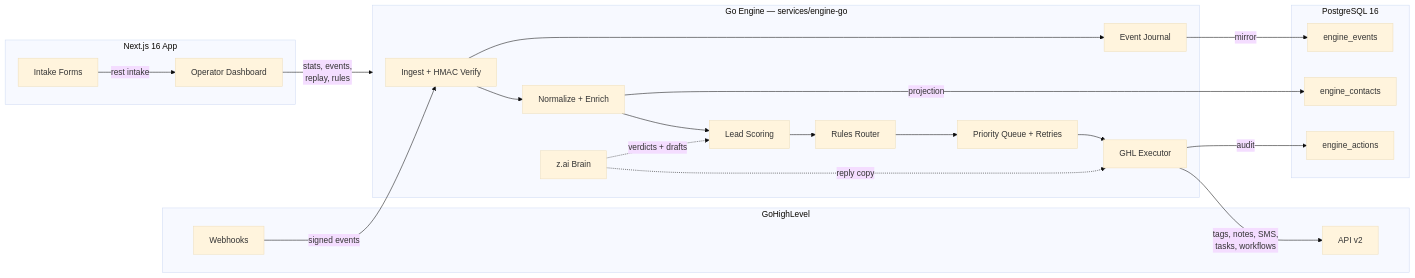
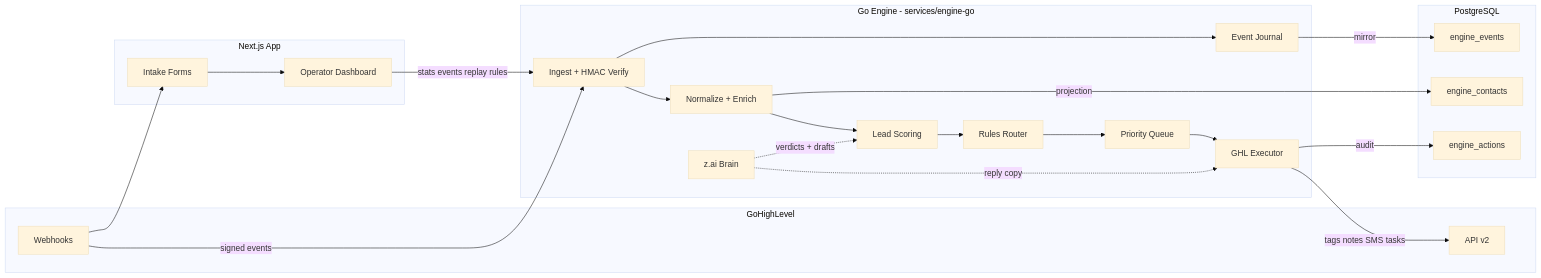
Before and after one commit to faisukhan01/convert: the diagram in README.md, drawn with Mermaid (base theme).

Commit message:
docs(readme): GitHub-safe mermaid syntax (no HTML labels, plain subgraph titles)

````diff
--- a/README.md
+++ b/README.md
@@ -83,41 +83,46 @@
 ```mermaid
 flowchart LR
     subgraph GHL["GoHighLevel"]
         WH["Webhooks"]
         API["API v2"]
     end
 
-    subgraph Engine["Go Engine — services/engine-go"]
+    subgraph Engine["Go Engine - services/engine-go"]
         ING["Ingest + HMAC Verify"]
         NRM["Normalize + Enrich"]
         SCR["Lead Scoring"]
         RUL["Rules Router"]
-        QUE["Priority Queue + Retries"]
+        QUE["Priority Queue"]
         EXE["GHL Executor"]
         AI["z.ai Brain"]
         JRN["Event Journal"]
     end
 
-    subgraph Store["PostgreSQL 16"]
+    subgraph Store["PostgreSQL"]
         EVT["engine_events"]
         CON["engine_contacts"]
         ACT["engine_actions"]
     end
 
-    subgraph App["Next.js 16 App"]
+    subgraph App["Next.js App"]
         UI["Operator Dashboard"]
         IN["Intake Forms"]
     end
 
     WH -->|"signed events"| ING
-    ING --> NRM --> SCR --> RUL --> QUE --> EXE
+    ING --> NRM
+    NRM --> SCR
+    SCR --> RUL
+    RUL --> QUE
+    QUE --> EXE
     AI -.->|"verdicts + drafts"| SCR
     AI -.->|"reply copy"| EXE
-    EXE -->|"tags, notes, SMS,<br/>tasks, workflows"| API
     ING --> JRN
     JRN -->|"mirror"| EVT
+    EXE -->|"tags notes SMS tasks"| API
     EXE -->|"audit"| ACT
     NRM -->|"projection"| CON
-    UI -->|"stats, events,<br/>replay, rules"| Engine
-    IN -->|"rest intake"| UI
+    UI -->|"stats events replay rules"| ING
+    IN --> UI
+    WH --> IN
 ```
````
